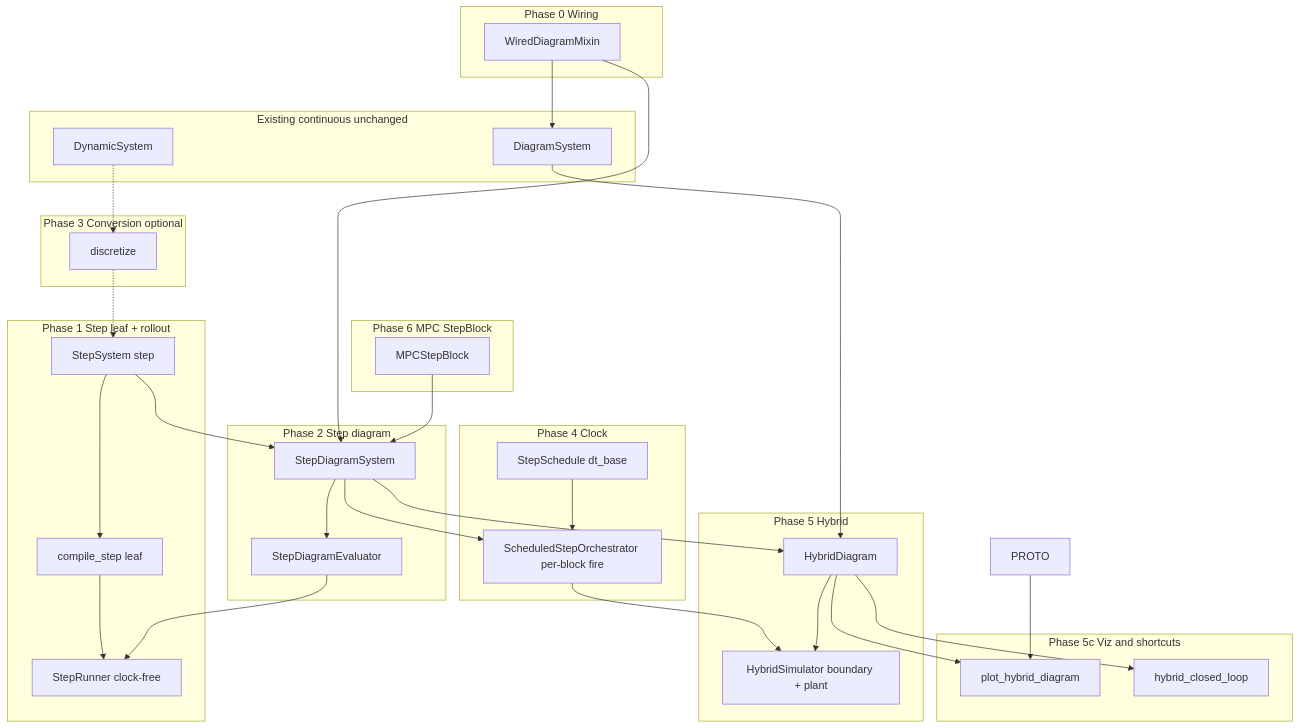
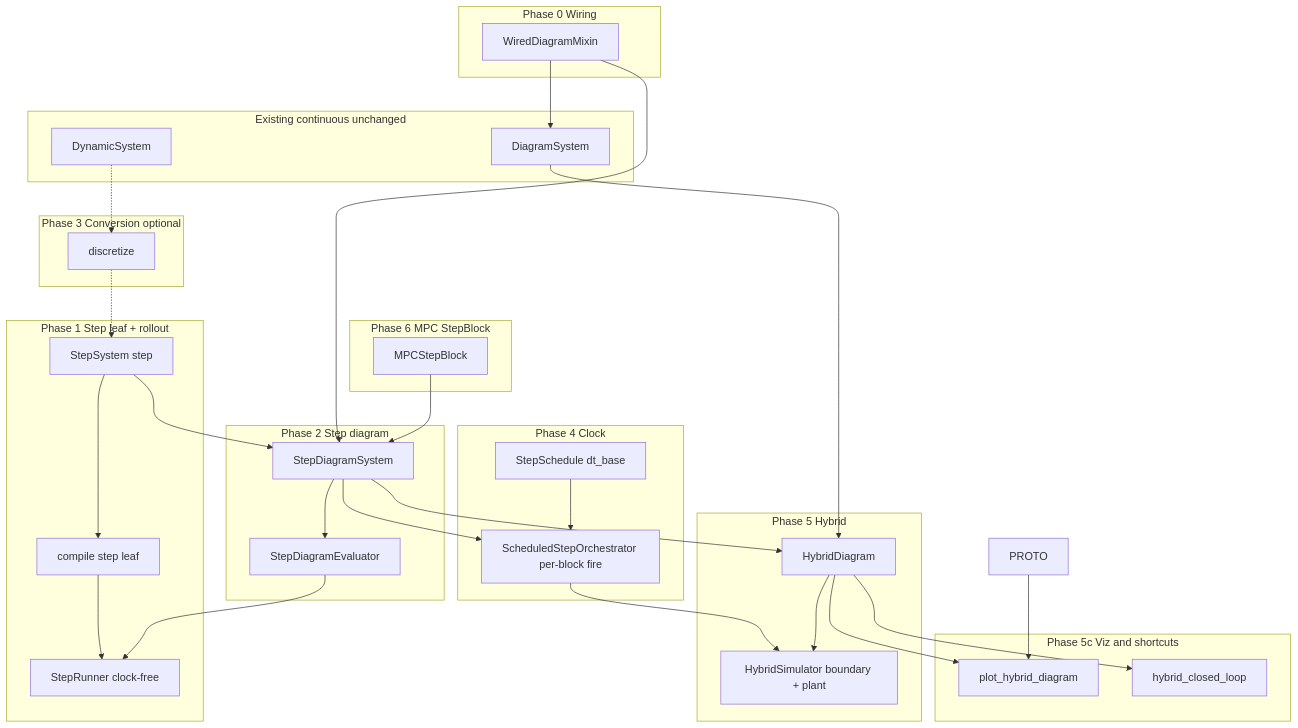
Before and after one commit to alx87grd/minilink: the diagram in docs/plans/hybrid-discrete/00-master-plan.md, drawn with Mermaid. The commit also changed other lines of this file and 4 other files, not shown here.

First line of the commit message:
docs: unify on compile() for flow and step systems

````diff
--- a/docs/plans/hybrid-discrete/00-master-plan.md
+++ b/docs/plans/hybrid-discrete/00-master-plan.md
@@ -134,61 +134,61 @@
 ```mermaid
 flowchart TB
     subgraph P0 [Phase 0 Wiring]
         WIR[WiredDiagramMixin]
     end
 
     subgraph P1 [Phase 1 Step leaf + rollout]
         SS[StepSystem step]
-        CSL[compile_step leaf]
+        CSL[compile step leaf]
         SR[StepRunner clock-free]
     end
 
     subgraph P2 [Phase 2 Step diagram]
         SDS[StepDiagramSystem]
         SE[StepDiagramEvaluator]
     end
 
     subgraph P3 [Phase 3 Conversion optional]
         DISC[discretize]
     end
 
     subgraph P4 [Phase 4 Clock]
         SCH[StepSchedule dt_base]
         ORCH[ScheduledStepOrchestrator per-block fire]
     end
 
     subgraph P5 [Phase 5 Hybrid]
         HD[HybridDiagram]
         HS[HybridSimulator boundary + plant]
     end
 
     subgraph P5c [Phase 5c Viz and shortcuts]
         PLOT[plot_hybrid_diagram]
         HCL[hybrid_closed_loop]
     end
 
     subgraph P6 [Phase 6 MPC StepBlock]
         MPC[MPCStepBlock]
     end
 
     subgraph Cont [Existing continuous unchanged]
         DS[DynamicSystem]
         DF[DiagramSystem]
     end
 
     WIR --> DF
     WIR --> SDS
     PROTO --> PLOT
     SS --> CSL --> SR
     SS --> SDS --> SE --> SR
     DS -.-> DISC -.-> SS
     SDS --> ORCH
     SCH --> ORCH
     ORCH --> HS
     SDS --> HD
     DF --> HD
     HD --> HS
     HD --> PLOT
     HD --> HCL
     MPC --> SDS
 ```
````
